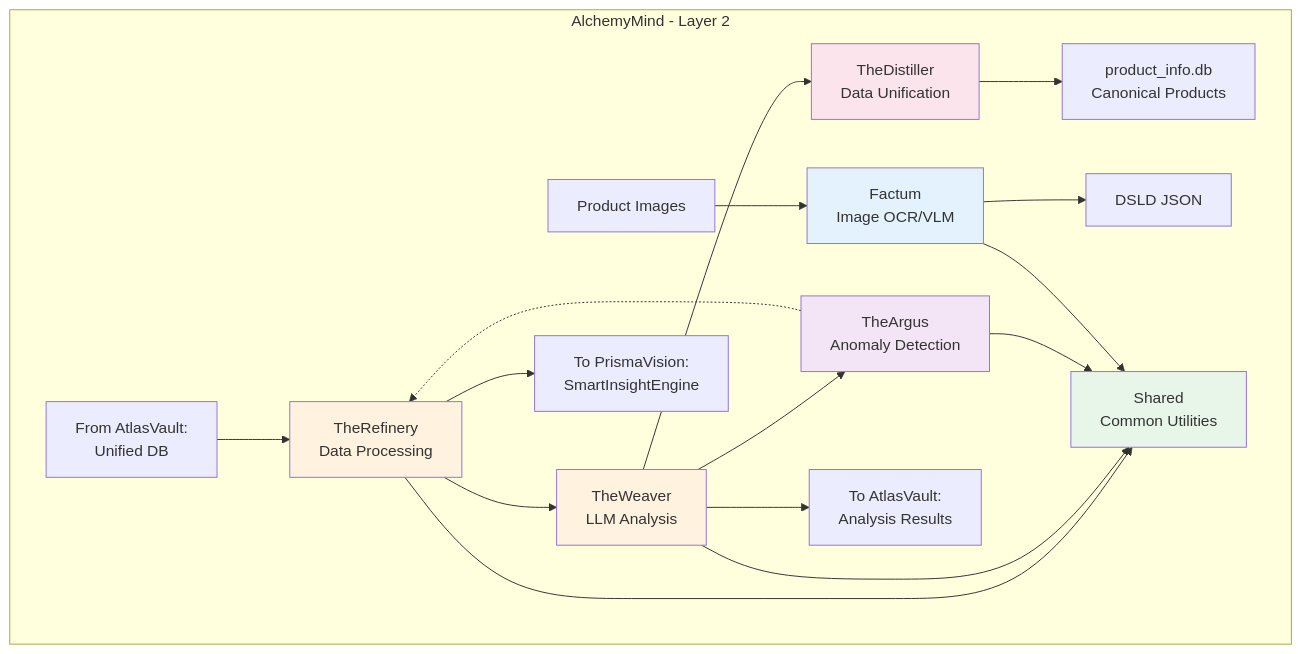
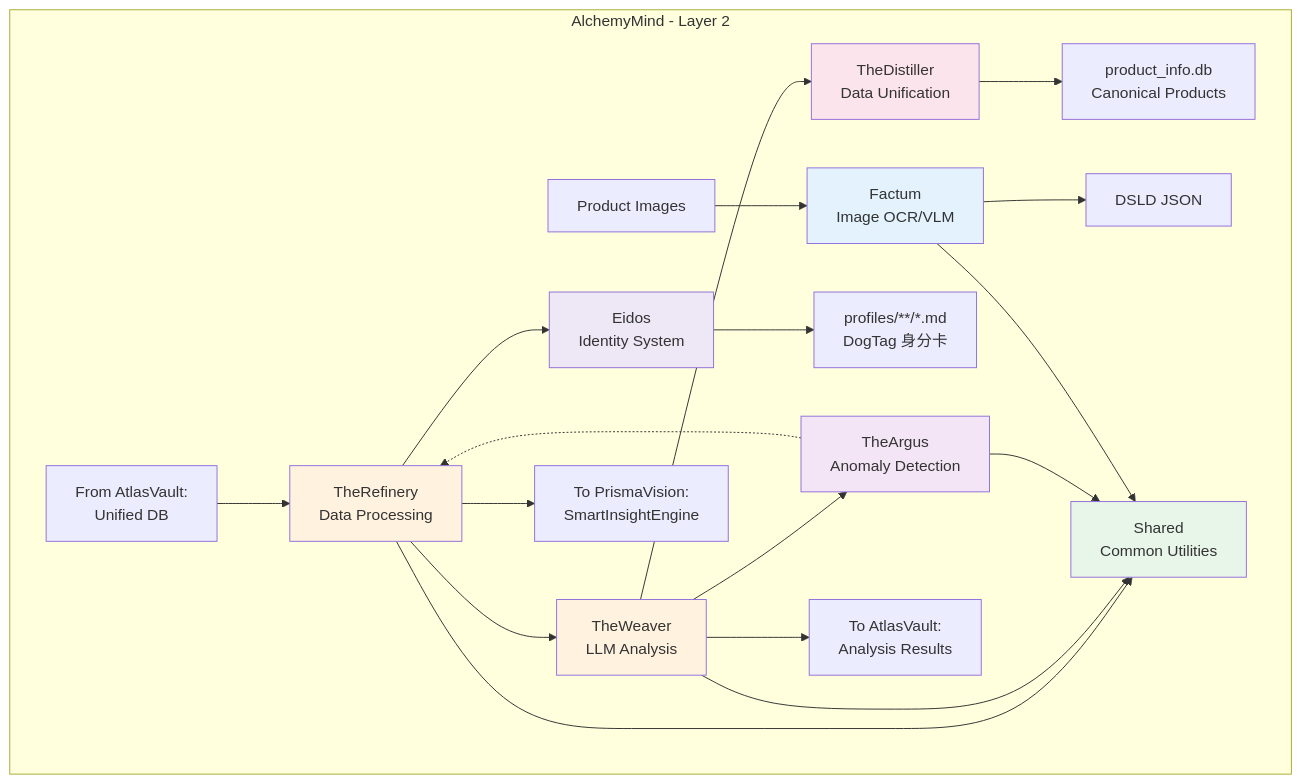
One commit to mapleelpam/LuminNexus-LearningMap changed the first of 2 diagrams in projects/alchemymind/00_overview.md. Above: the diagram before and after it, drawn with Mermaid. The commit also changed other lines of this file and 1 other file, not shown here.

First line of the commit message:
docs(eidos): add Eidos 供應鏈身分系統 concept doc + list in AlchemyMind overview

````diff
--- a/projects/alchemymind/00_overview.md
+++ b/projects/alchemymind/00_overview.md
@@ -50,40 +54,45 @@
 ```mermaid
 graph TB
     subgraph "AlchemyMind - Layer 2"
         IN[From AtlasVault:<br/>Unified DB]
         IMG[Product Images]
 
         R[TheRefinery<br/>Data Processing]
         W[TheWeaver<br/>LLM Analysis]
         A[TheArgus<br/>Anomaly Detection]
         D[TheDistiller<br/>Data Unification]
         F[Factum<br/>Image OCR/VLM]
+        E[Eidos<br/>Identity System]
         S[Shared<br/>Common Utilities]
 
         IN --> R
         R --> W
         W --> A
         A -.-> R
 
         W --> D
         D --> PDB[product_info.db<br/>Canonical Products]
+
+        R --> E
+        E --> DT[profiles/**/*.md<br/>DogTag 身分卡]
 
         IMG --> F
         F --> DSLD[DSLD JSON]
 
         R --> S
         W --> S
         A --> S
         F --> S
 
         W --> OUT1[To AtlasVault:<br/>Analysis Results]
         R --> OUT2[To PrismaVision:<br/>SmartInsightEngine]
     end
 
     style R fill:#fff3e0
     style W fill:#fff3e0
     style A fill:#f3e5f5
     style D fill:#fce4ec
     style F fill:#e3f2fd
+    style E fill:#ede7f6
     style S fill:#e8f5e9
 ```
````
